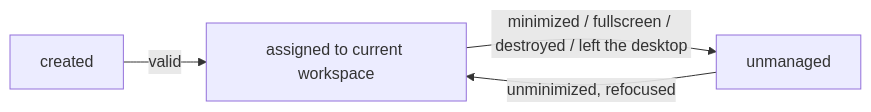
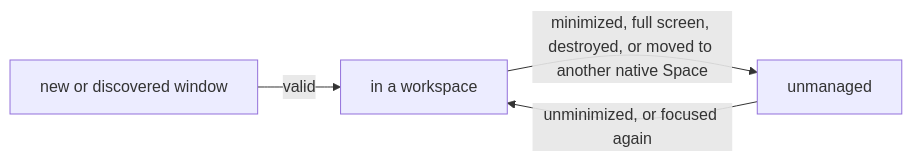
One commit to brennovich/ottowm changed the fourth of 4 diagrams in ARCHITECTURE.md. Above: the diagram before and after it, drawn with Mermaid. The commit also changed other lines of this file, not shown here.

Commit message:
Revise ARCHITECTURE.md

````diff
--- a/ARCHITECTURE.md
+++ b/ARCHITECTURE.md
@@ -129,6 +154,6 @@
 ```mermaid
 flowchart LR
-    created -->|valid| assigned[assigned to current workspace]
-    assigned -->|minimized / fullscreen / destroyed / left the desktop| unmanaged
-    unmanaged -->|unminimized, refocused| assigned
+    new[new or discovered window] -->|valid| managed[in a workspace]
+    managed -->|minimized, full screen, destroyed, or moved to another native Space| unmanaged
+    unmanaged -->|unminimized, or focused again| managed
 ```
````
